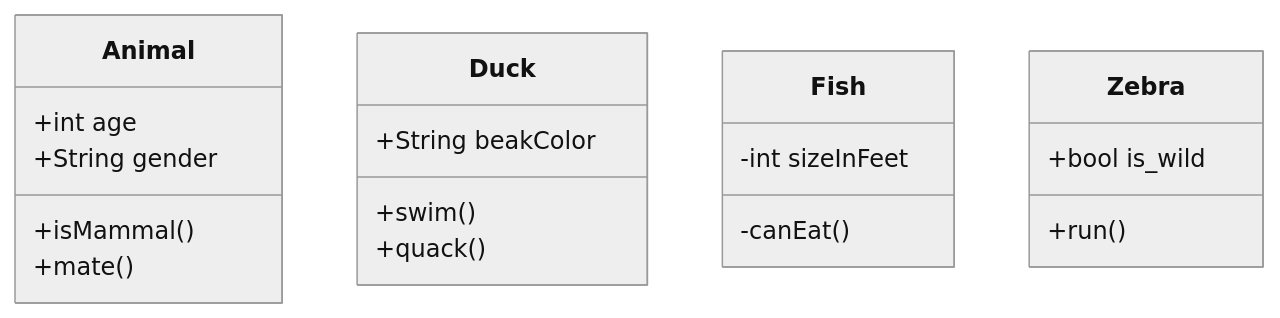
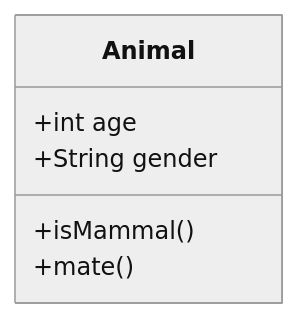
The second of 4 diagrams in diagrams/classes.md (marcelomgarcia/dgpresflow), drawn with Mermaid (neutral theme) before and after one commit.

````diff
--- a/diagrams/classes.md
+++ b/diagrams/classes.md
@@ -38,21 +38,8 @@
 ```mermaid
  classDiagram
       Animal : +int age
       Animal : +String gender
       Animal: +isMammal()
       Animal: +mate()
-      class Duck{
-          +String beakColor
-          +swim()
-          +quack()
-       }
-      class Fish{
-          -int sizeInFeet
-          -canEat()
-      }
-      class Zebra{
-          +bool is_wild
-          +run()
-      }  
     
 ```
````
